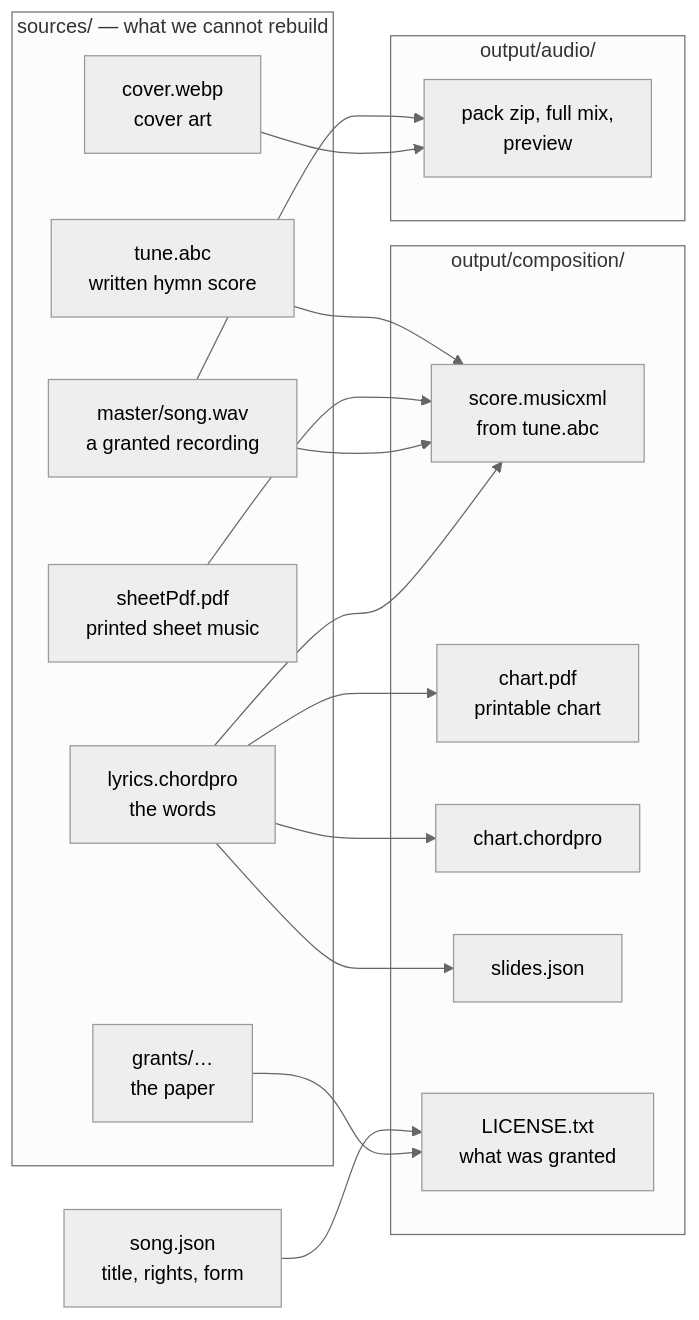
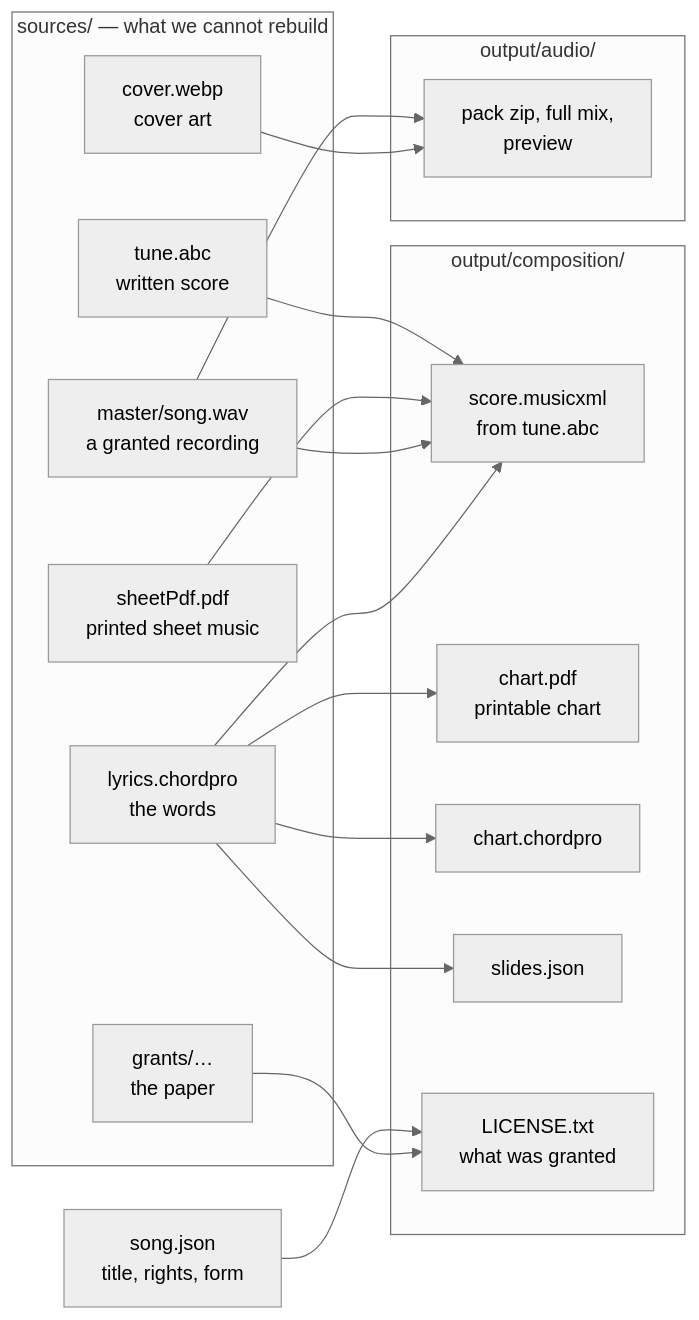
One commit to ChurchApps/WorshipCommonsContent changed the diagram in LIBRARY.md. Above: the diagram before and after it, drawn with Mermaid (neutral theme). The commit also changed other lines of this file and 1 other file, not shown here.

First line of the commit message:
Document tune.abc transcriptions in LIBRARY and the pack README (#4)

````diff
--- a/LIBRARY.md
+++ b/LIBRARY.md
@@ -67,37 +67,37 @@
 ```mermaid
 flowchart LR
   subgraph src["sources/ — what we cannot rebuild"]
     words["lyrics.chordpro<br/>the words"]
-    abc["tune.abc<br/>written hymn score"]
+    abc["tune.abc<br/>written score"]
     sheet["sheetPdf.pdf<br/>printed sheet music"]
     pic["cover.webp<br/>cover art"]
     rec["master/song.wav<br/>a granted recording"]
     grant["grants/…<br/>the paper"]
   end
 
   meta["song.json<br/>title, rights, form"]
 
   subgraph comp["output/composition/"]
     dscore["score.musicxml<br/>from tune.abc"]
     dpdf["chart.pdf<br/>printable chart"]
     dcho["chart.chordpro"]
     dslides["slides.json"]
     dlic["LICENSE.txt<br/>what was granted"]
   end
 
   subgraph audio["output/audio/"]
     dstems["pack zip, full mix,<br/>preview"]
   end
 
   abc --> dscore
   sheet --> dscore
   rec --> dscore
   words --> dscore
   words --> dcho
   words --> dpdf
   words --> dslides
   meta --> dlic
   grant --> dlic
   rec --> dstems
   pic --> dstems
 ```
````
